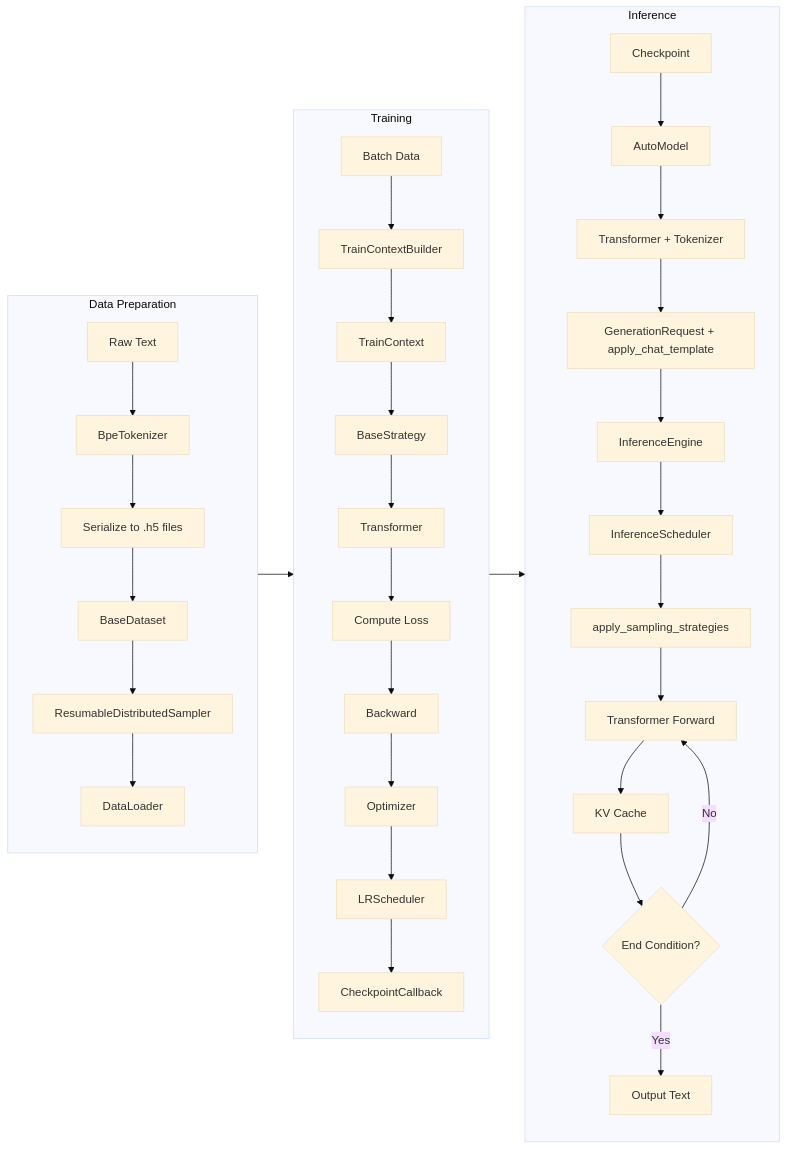
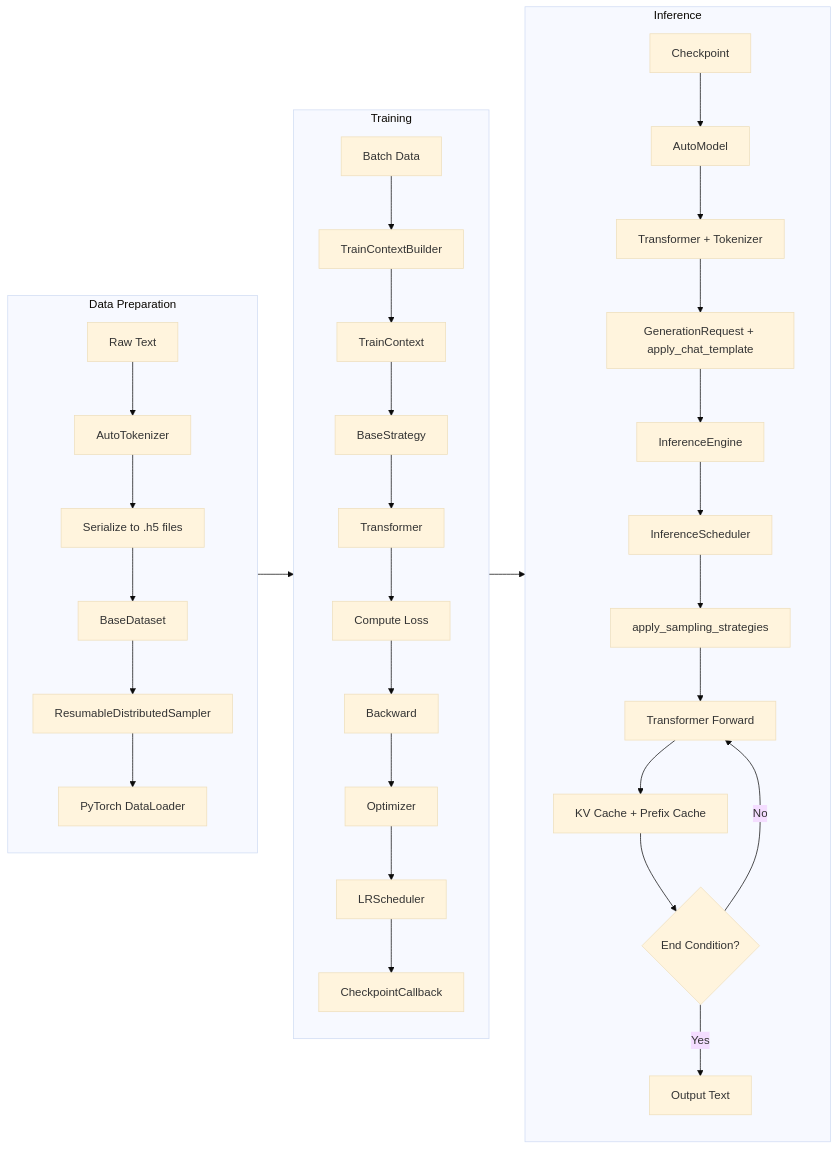
One commit to ViperEkura/KHAOSZ changed the diagram in assets/docs/dataflow.md. Above: the diagram before and after it, drawn with Mermaid (base theme). The commit also changed other lines of this file and 3 other files, not shown here.

````diff
--- a/assets/docs/dataflow.md
+++ b/assets/docs/dataflow.md
@@ -20,42 +21,42 @@
 ```mermaid
 flowchart LR
     subgraph A[Data Preparation]
         direction TB
-        A1[Raw Text] --> A2[BpeTokenizer]
+        A1[Raw Text] --> A2[AutoTokenizer]
         A2 --> A3[Serialize to .h5 files]
         A3 --> A4[BaseDataset]
         A4 --> A5[ResumableDistributedSampler]
-        A5 --> A6[DataLoader]
+        A5 --> A6[PyTorch DataLoader]
     end
 
     subgraph B[Training]
         direction TB
         B1[Batch Data] --> B2[TrainContextBuilder]
         B2 --> B3[TrainContext]
         B3 --> B4[BaseStrategy]
         B4 --> B5[Transformer]
         B5 --> B6[Compute Loss]
         B6 --> B7[Backward]
         B7 --> B8[Optimizer]
         B8 --> B9[LRScheduler]
         B9 --> B10[CheckpointCallback]
     end
 
     subgraph C[Inference]
         direction TB
         C1[Checkpoint] --> C2[AutoModel]
         C2 --> C3[Transformer + Tokenizer]
         C3 --> C4[GenerationRequest + apply_chat_template]
         C4 --> C5[InferenceEngine]
         C5 --> C6[InferenceScheduler]
         C6 --> C7[apply_sampling_strategies]
         C7 --> C8[Transformer Forward]
-        C8 --> C9[KV Cache]
+        C8 --> C9[KV Cache + Prefix Cache]
         C9 --> C10{End Condition?}
         C10 -->|No| C8
         C10 -->|Yes| C11[Output Text]
     end
 
     A --> B
     B --> C
 ```
````
